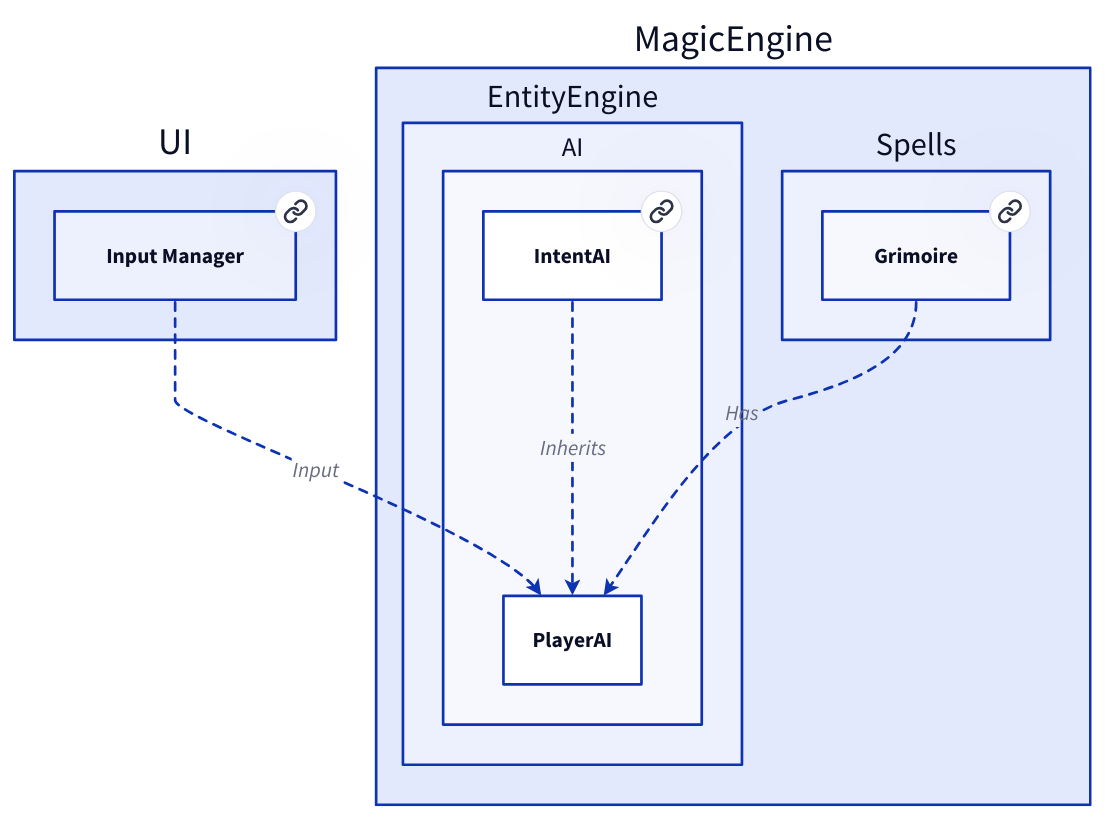
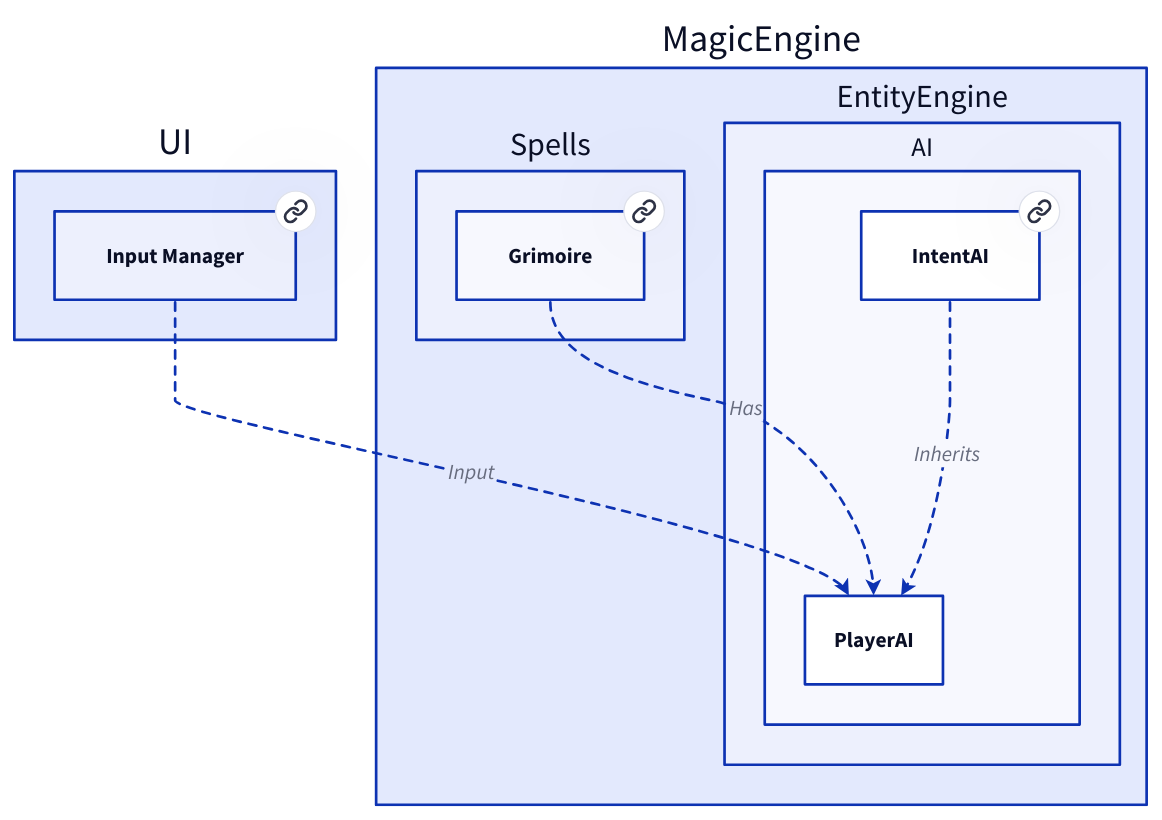
The diagram in doc/MagicEngine/EntityEngine/AI/PlayerAI.md (Portevent/Brume-Documentation), drawn with D2 before and after one commit. The commit also changed other lines of this file and 90 other files, not shown here.

````diff
--- a/doc/MagicEngine/EntityEngine/AI/PlayerAI.md
+++ b/doc/MagicEngine/EntityEngine/AI/PlayerAI.md
@@ -10,37 +10,37 @@
 ```d2
 # Nodes :
 UI: {
     InputManager: Input Manager {
        link: InputManager
     }
 }
 MagicEngine: {
+    Spells: {
+        Grimoire: Grimoire {
+           link: Grimoire
+        }
+    }
     EntityEngine: {
         AI: {
             IntentAI: IntentAI {
                link: IntentAI
             }
-        }
-    }
-    Spells: {
-        Grimoire: Grimoire {
-           link: Grimoire
         }
     }
 }
 
 # Links :
 MagicEngine.EntityEngine.AI.IntentAI -> MagicEngine.EntityEngine.AI.PlayerAI: Inherits {style.stroke-dash: 3
 source-arrowhead: {}
 target-arrowhead: {shape: arrow}
 }
 UI.InputManager -> MagicEngine.EntityEngine.AI.PlayerAI: Input {style.stroke-dash: 3
 source-arrowhead: {}
 target-arrowhead: {shape: arrow}
 }
 MagicEngine.Spells.Grimoire -> MagicEngine.EntityEngine.AI.PlayerAI: Has {style.stroke-dash: 3
 source-arrowhead: {}
 target-arrowhead: {shape: arrow}
 }
 
 ```
````
